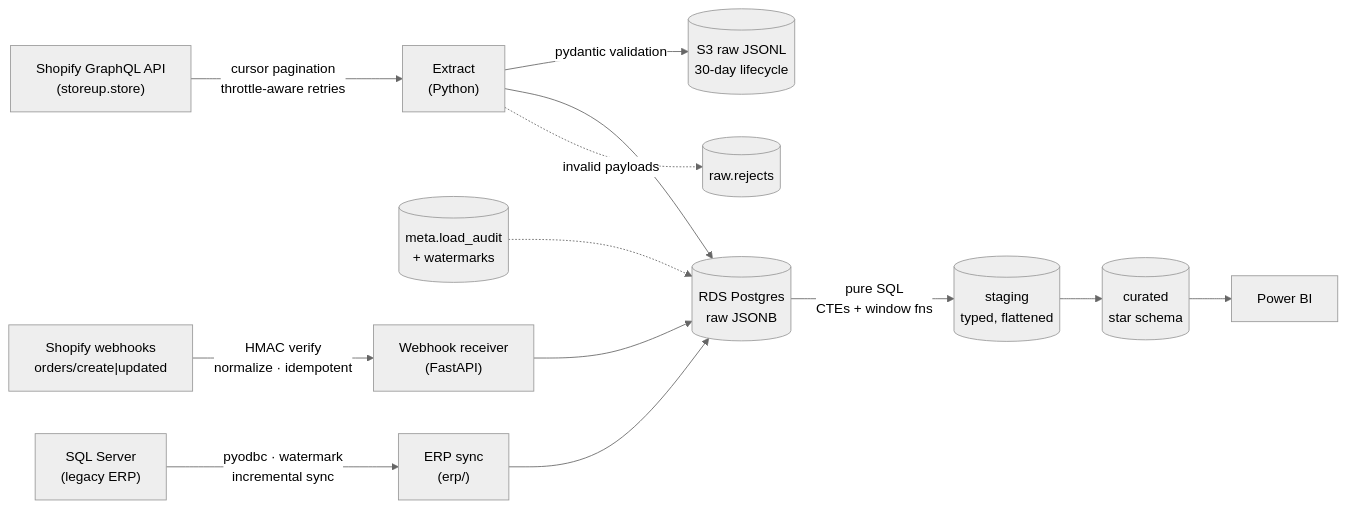
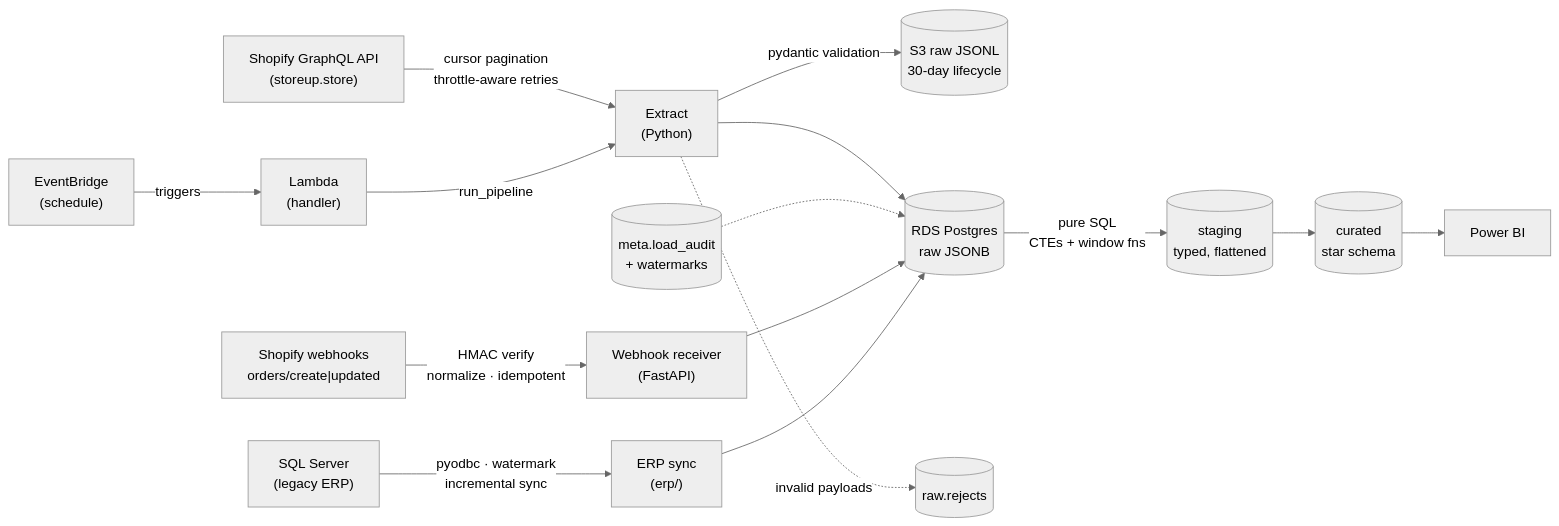
The diagram in README.md (internick2017/ecommerce-data-warehouse), drawn with Mermaid (neutral theme) before and after one commit. The commit also changed other lines of this file and 2 other files, not shown here.

````diff
--- a/README.md
+++ b/README.md
@@ -9,15 +9,17 @@
 ```mermaid
 flowchart LR
     A["Shopify GraphQL API<br/>(storeup.store)"] -->|"cursor pagination<br/>throttle-aware retries"| B["Extract<br/>(Python)"]
     B -->|"pydantic validation"| C[("S3 raw JSONL<br/>30-day lifecycle")]
     B --> D[("RDS Postgres<br/>raw JSONB")]
     D -->|"pure SQL<br/>CTEs + window fns"| E[("staging<br/>typed, flattened")]
     E --> F[("curated<br/>star schema")]
     F --> G["Power BI"]
     B -.->|"invalid payloads"| H[("raw.rejects")]
     I[("meta.load_audit<br/>+ watermarks")] -.-> D
     SW["Shopify webhooks<br/>orders/create|updated"] -->|"HMAC verify<br/>normalize · idempotent"| W["Webhook receiver<br/>(FastAPI)"]
     W --> D
     ERP["SQL Server<br/>(legacy ERP)"] -->|"pyodbc · watermark<br/>incremental sync"| ES["ERP sync<br/>(erp/)"]
     ES --> D
+    SCHED["EventBridge<br/>(schedule)"] -->|"triggers"| LAM["Lambda<br/>(handler)"]
+    LAM -->|"run_pipeline"| B
 ```
````
